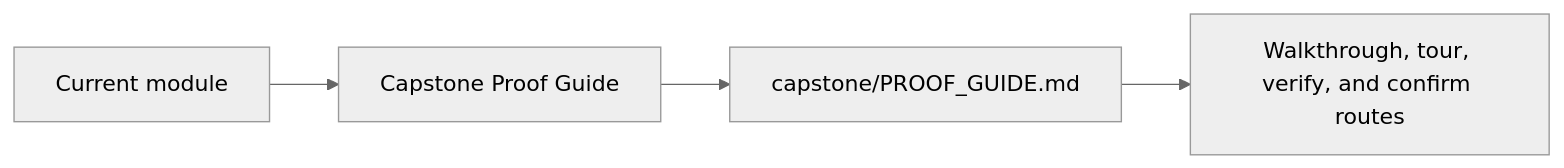
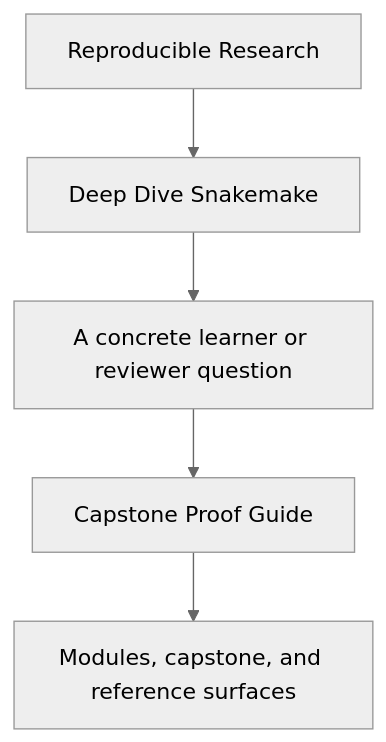
Before and after one commit to bijux/bijux-masterclass: the first of 2 diagrams in programs/reproducible-research/deep-dive-snakemake/course-book/guides/capstone-proof-guide.md, drawn with Mermaid (neutral theme). The commit also changed other lines of this file and 29 other files, not shown here.

Commit message:
docs(deep-dive-snakemake): sharpen guide and reference diagrams

````diff
--- a/programs/reproducible-research/deep-dive-snakemake/course-book/guides/capstone-proof-guide.md
+++ b/programs/reproducible-research/deep-dive-snakemake/course-book/guides/capstone-proof-guide.md
@@ -9,6 +9,7 @@
 ```mermaid
-graph LR
-  module["Current module"] --> guide["Capstone Proof Guide"]
-  guide --> local["capstone/PROOF_GUIDE.md"]
-  local --> commands["Walkthrough, tour, verify, and confirm routes"]
+flowchart TD
+  family["Reproducible Research"] --> program["Deep Dive Snakemake"]
+  program --> pressure["A concrete learner or reviewer question"]
+  pressure --> guide["Capstone Proof Guide"]
+  guide --> next["Modules, capstone, and reference surfaces"]
 ```
````
